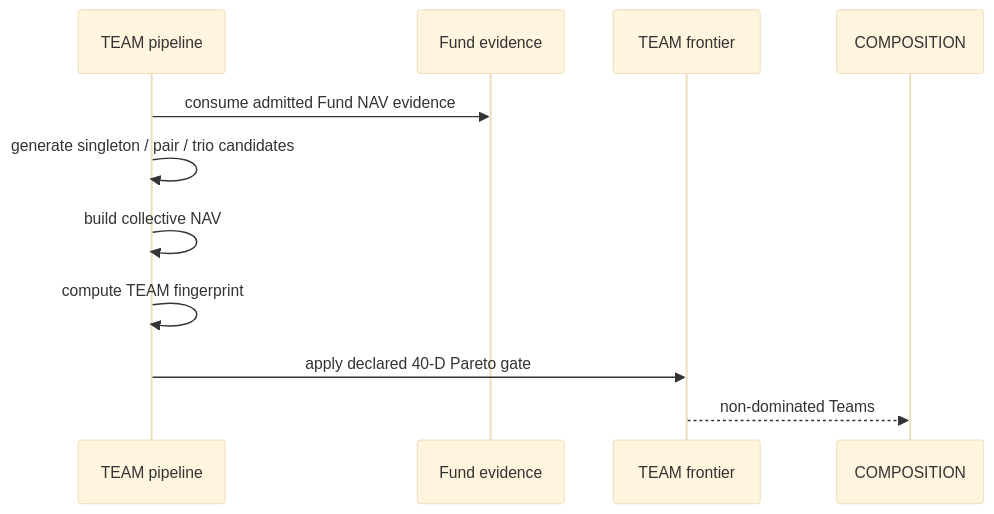
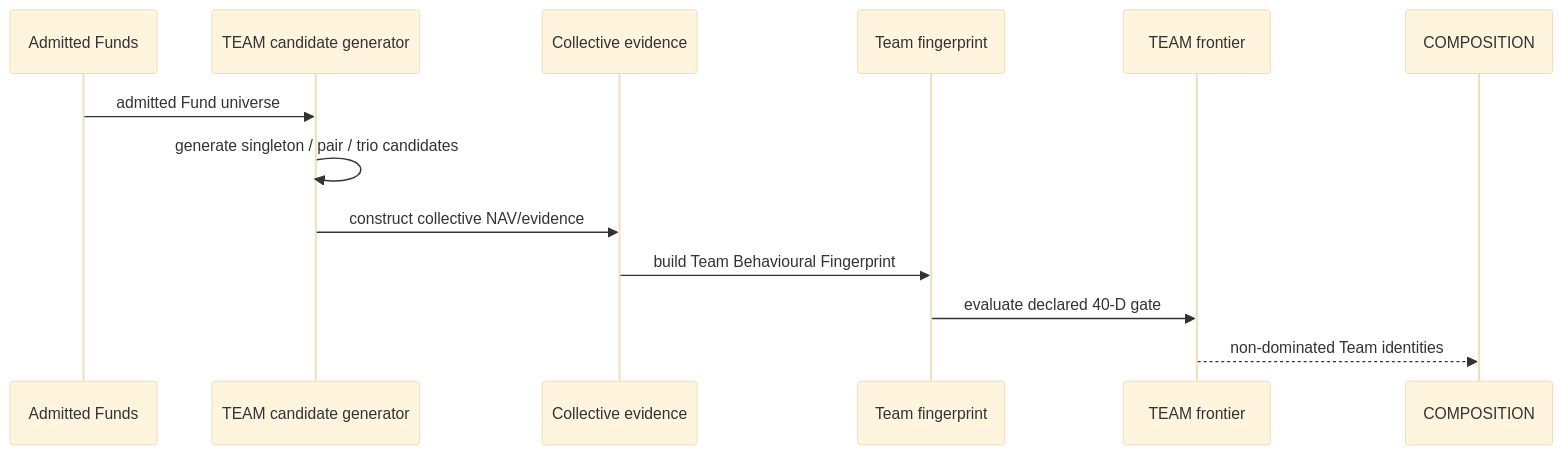
The third of 6 diagrams in docs/Lakshya_Pipeline_Sequence.md (rrajeshkannan/lakshya), drawn with Mermaid (base theme) before and after one commit. The commit also changed other lines of this file, not shown here.

Commit message:
Enrich and repair production pipeline documentation

````diff
--- a/docs/Lakshya_Pipeline_Sequence.md
+++ b/docs/Lakshya_Pipeline_Sequence.md
@@ -92,14 +103,16 @@
 ```mermaid
 sequenceDiagram
-    participant TEAM as TEAM pipeline
-    participant Fund as Fund evidence
+    participant Funds as Admitted Funds
+    participant TeamGen as TEAM candidate generator
+    participant Evidence as Collective evidence
+    participant Fingerprint as Team fingerprint
     participant Frontier as TEAM frontier
     participant Composition as COMPOSITION
 
-    TEAM->>Fund: consume admitted Fund NAV evidence
-    TEAM->>TEAM: generate singleton / pair / trio candidates
-    TEAM->>TEAM: build collective NAV
-    TEAM->>TEAM: compute TEAM fingerprint
-    TEAM->>Frontier: apply declared 40-D Pareto gate
-    Frontier-->>Composition: non-dominated Teams
+    Funds->>TeamGen: admitted Fund universe
+    TeamGen->>TeamGen: generate singleton / pair / trio candidates
+    TeamGen->>Evidence: construct collective NAV/evidence
+    Evidence->>Fingerprint: build Team Behavioural Fingerprint
+    Fingerprint->>Frontier: evaluate declared 40-D gate
+    Frontier-->>Composition: non-dominated Team identities
 ```
````
